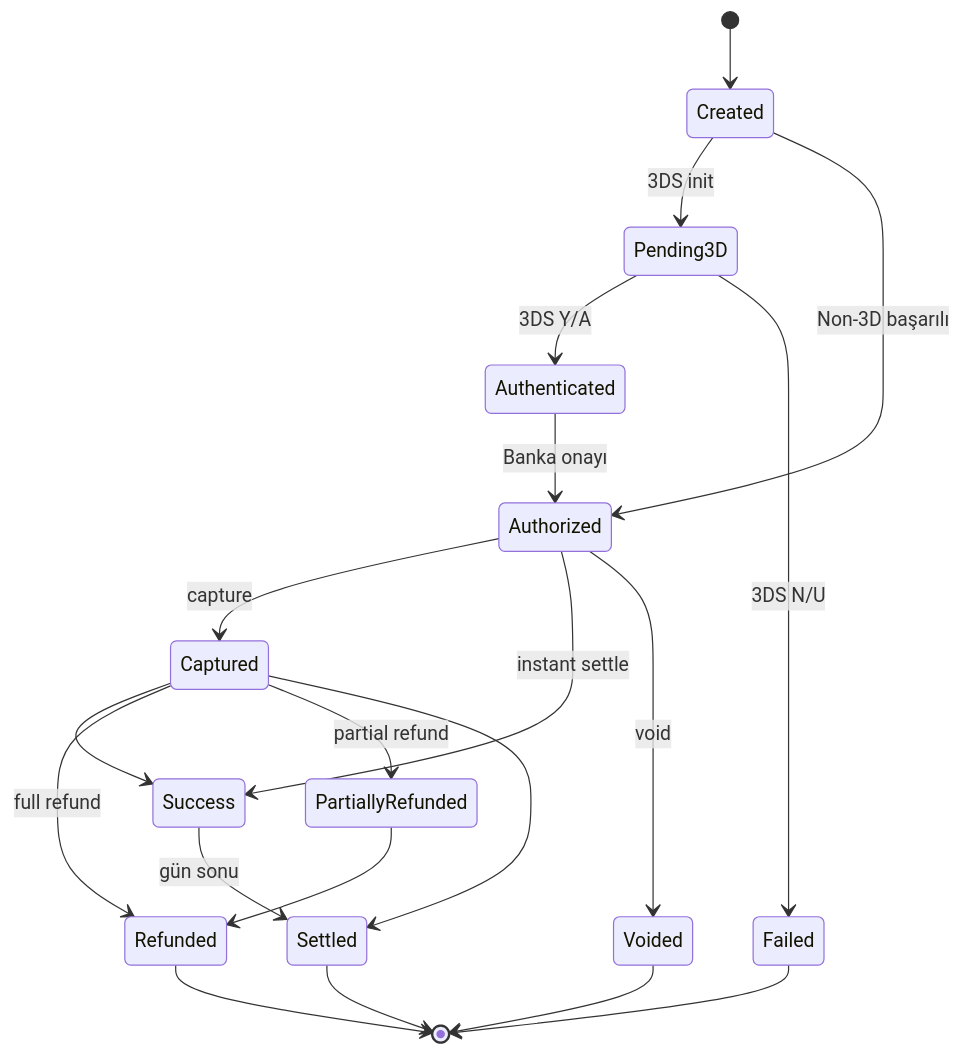
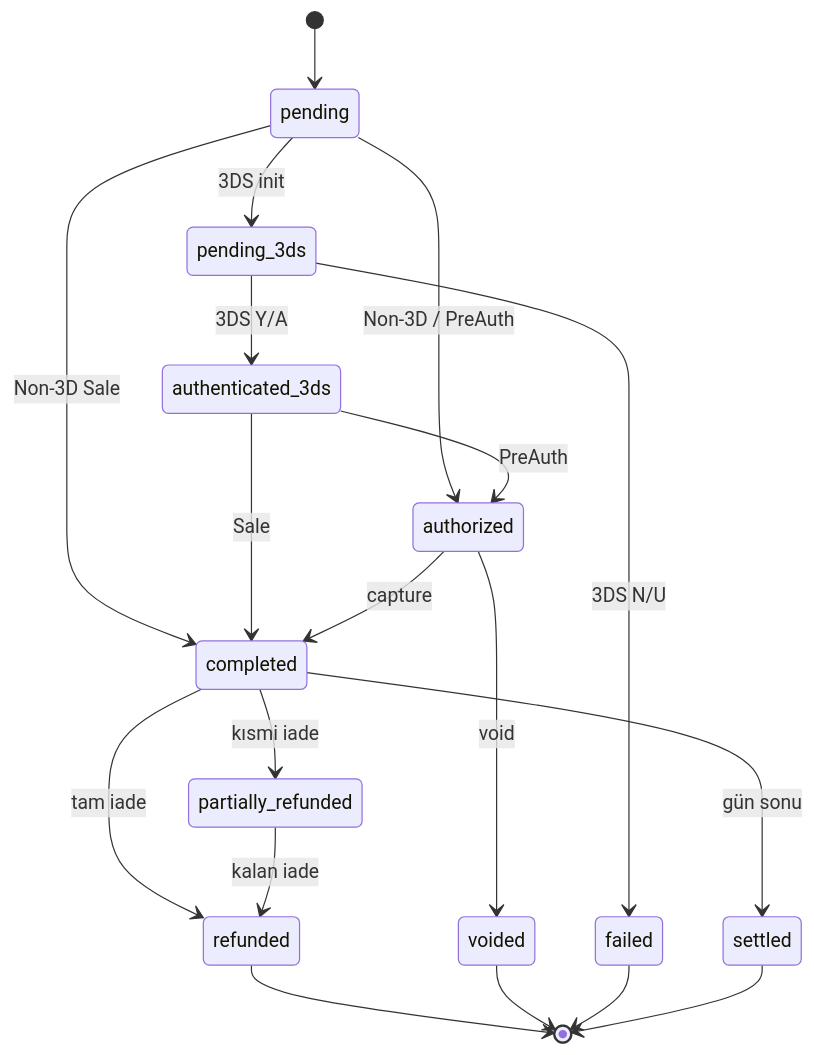
One commit to payment-pos/mintlify changed the diagram in sanal-pos/payment-object.mdx. Above: the diagram before and after it, drawn with Mermaid. The commit also changed other lines of this file and 45 other files, not shown here.

````diff
--- a/sanal-pos/payment-object.mdx
+++ b/sanal-pos/payment-object.mdx
@@ -136,22 +104,21 @@
 ```mermaid
 stateDiagram-v2
-    [*] --> Created
-    Created --> Pending3D: 3DS init
-    Created --> Authorized: Non-3D başarılı
-    Pending3D --> Authenticated: 3DS Y/A
-    Pending3D --> Failed: 3DS N/U
-    Authenticated --> Authorized: Banka onayı
-    Authorized --> Captured: capture
-    Authorized --> Success: instant settle
-    Authorized --> Voided: void
-    Captured --> Success
-    Captured --> Refunded: full refund
-    Captured --> PartiallyRefunded: partial refund
-    PartiallyRefunded --> Refunded
-    Success --> Settled: gün sonu
-    Captured --> Settled
-    Refunded --> [*]
-    Voided --> [*]
-    Failed --> [*]
-    Settled --> [*]
+    [*] --> pending
+    pending --> pending_3ds: 3DS init
+    pending --> authorized: Non-3D / PreAuth
+    pending --> completed: Non-3D Sale
+    pending_3ds --> authenticated_3ds: 3DS Y/A
+    pending_3ds --> failed: 3DS N/U
+    authenticated_3ds --> authorized: PreAuth
+    authenticated_3ds --> completed: Sale
+    authorized --> completed: capture
+    authorized --> voided: void
+    completed --> refunded: tam iade
+    completed --> partially_refunded: kısmi iade
+    partially_refunded --> refunded: kalan iade
+    completed --> settled: gün sonu
+    refunded --> [*]
+    voided --> [*]
+    failed --> [*]
+    settled --> [*]
 ```
````
